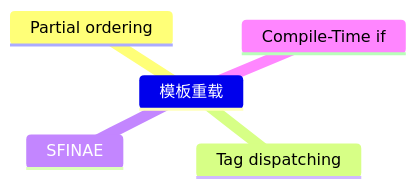
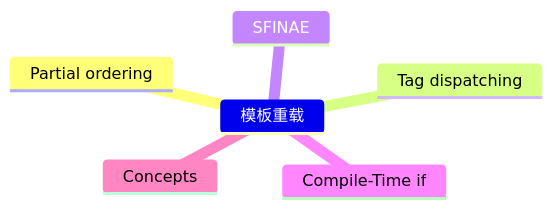
Before and after one commit to jishuguang/library: the diagram in docs/程序/C++/语法/模板/模板重载.md, drawn with Mermaid. The commit also changed other lines of this file, not shown here.

````diff
--- a/docs/程序/C++/语法/模板/模板重载.md
+++ b/docs/程序/C++/语法/模板/模板重载.md
@@ -3,8 +3,9 @@
 ```{mermaid}
 mindmap
 模板重载
     Partial ordering
     Tag dispatching
     SFINAE
     Compile-Time if
+    Concepts
 ```
````
